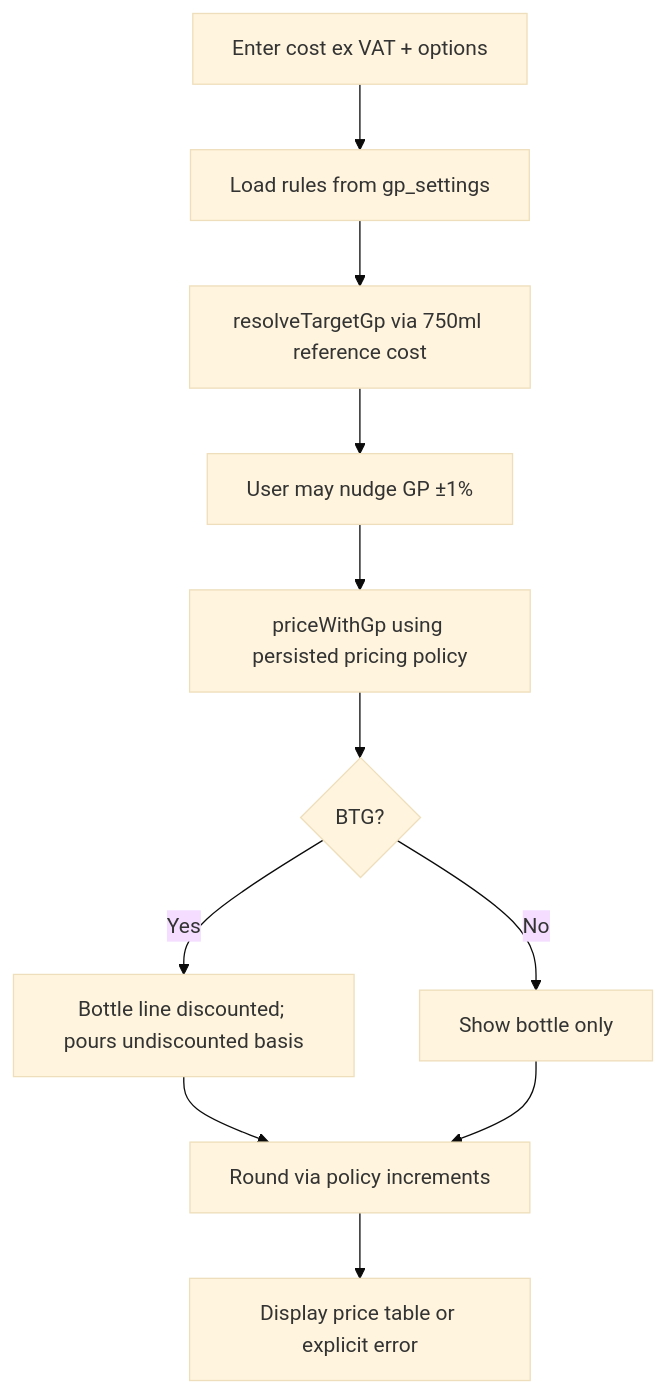
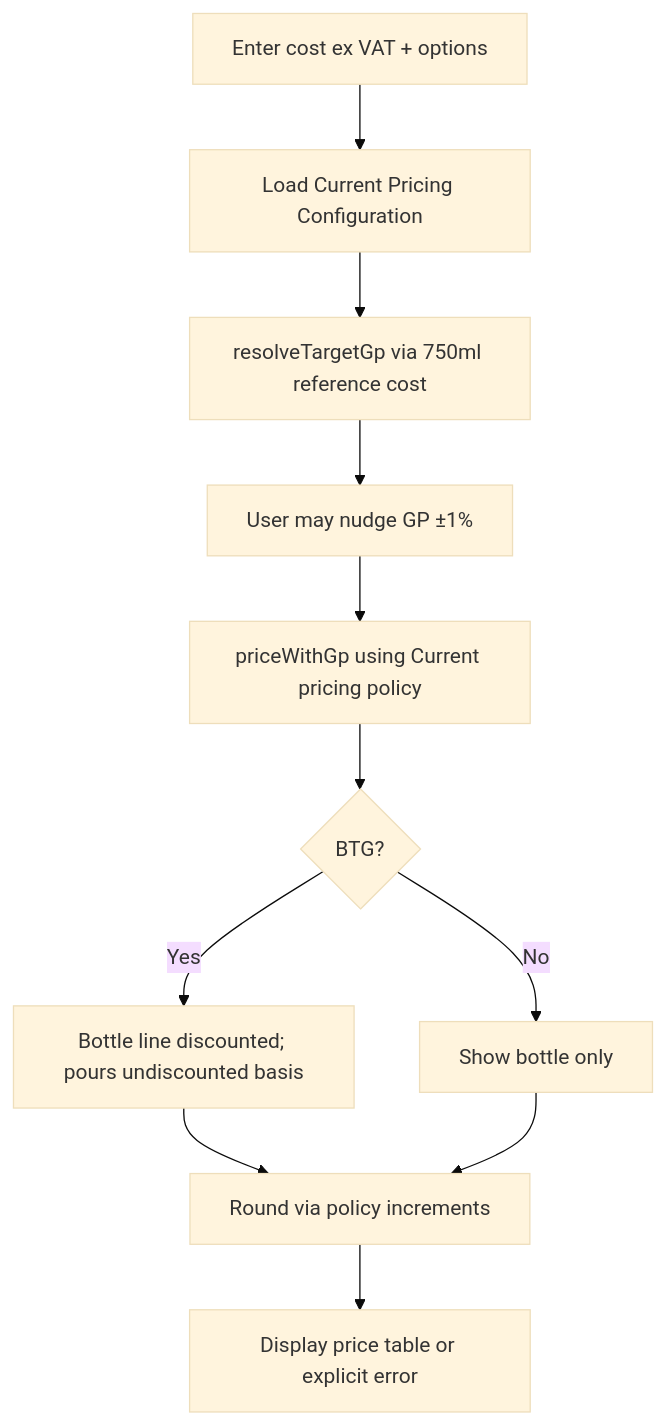
Before and after one commit to DanWarham/wine-gp-calculator: the sixth of 7 diagrams in docs/ARCHITECTURE.md, drawn with Mermaid (base theme). The commit also changed other lines of this file and 7 other files, not shown here.

Commit message:
complete pricing configuration migration

````diff
--- a/docs/ARCHITECTURE.md
+++ b/docs/ARCHITECTURE.md
@@ -273,13 +273,13 @@
 ```mermaid
 flowchart TD
-  A[Enter cost ex VAT + options] --> B[Load rules from gp_settings]
+  A[Enter cost ex VAT + options] --> B[Load Current Pricing Configuration]
   B --> C[resolveTargetGp via 750ml reference cost]
   C --> D[User may nudge GP ±1%]
-  D --> E[priceWithGp using persisted pricing policy]
+  D --> E[priceWithGp using Current pricing policy]
   E --> F{BTG?}
   F -->|Yes| G[Bottle line discounted; pours undiscounted basis]
   F -->|No| H[Show bottle only]
   G --> I[Round via policy increments]
   H --> I
   I --> J[Display price table or explicit error]
 ```
````
